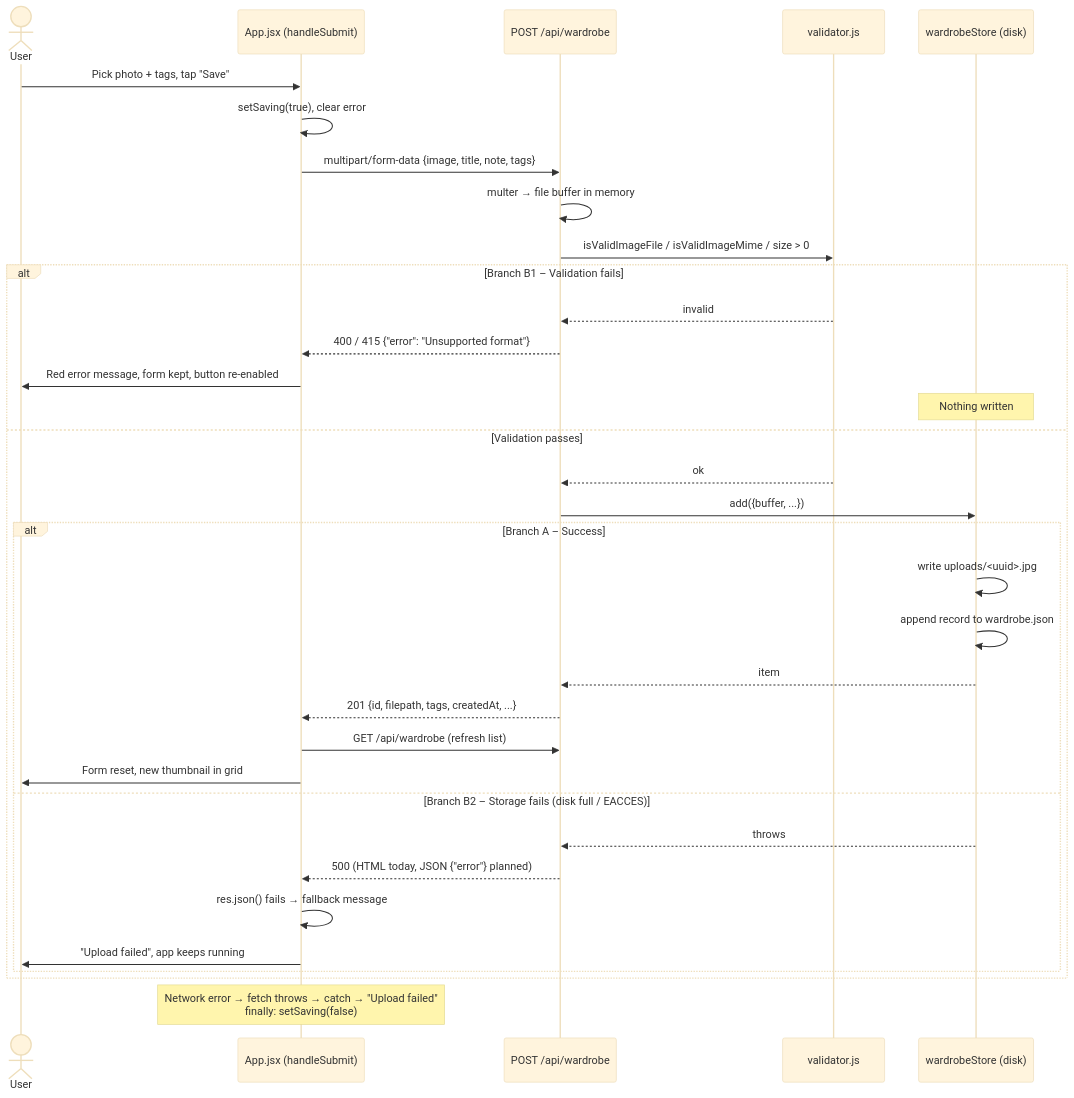
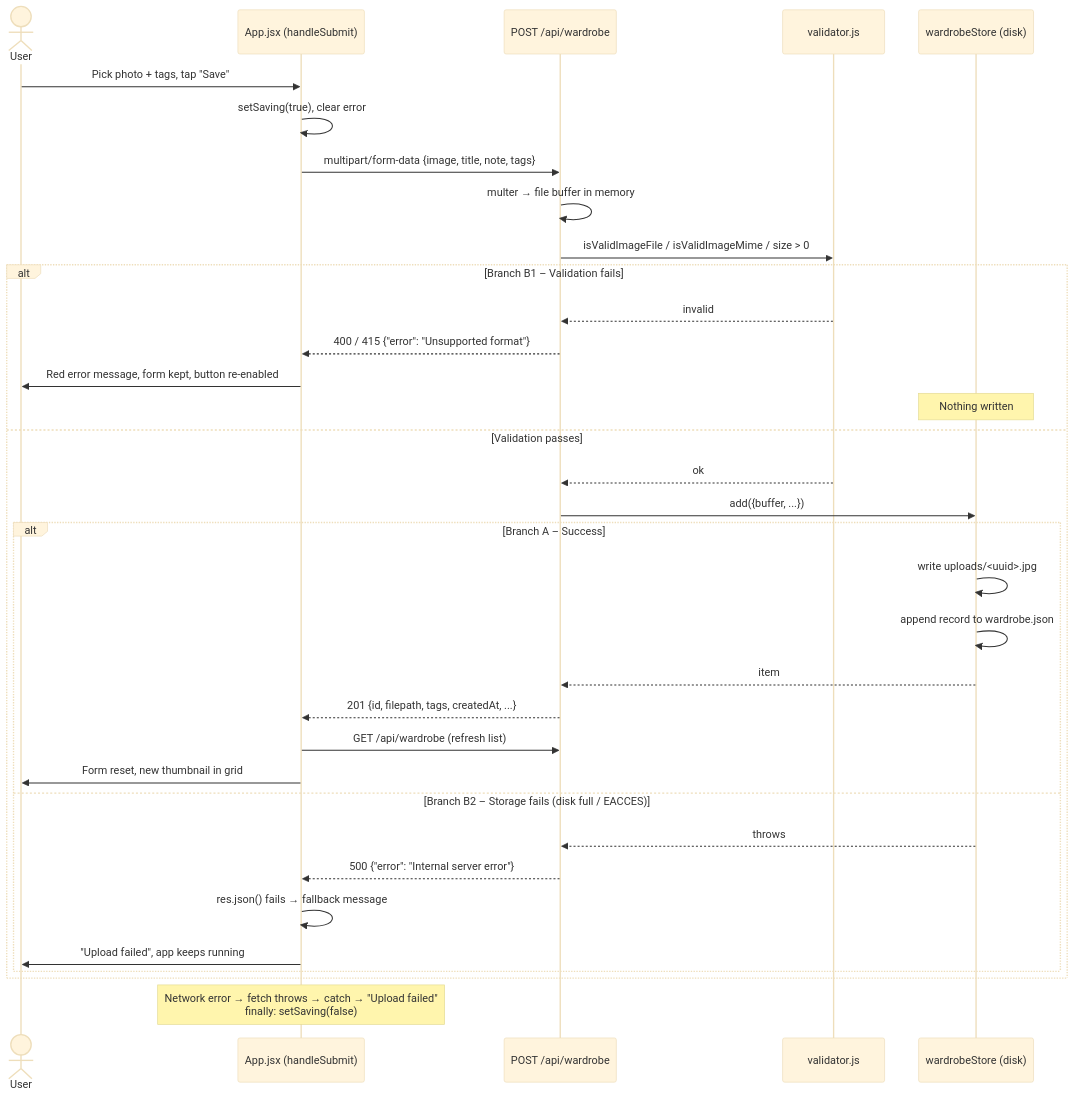
One commit to Saschha/smart_closet_mvp changed the diagram in docs/boundary-upload.md. Above: the diagram before and after it, drawn with Mermaid (base theme). The commit also changed other lines of this file and 1 other file, not shown here.

````diff
--- a/docs/boundary-upload.md
+++ b/docs/boundary-upload.md
@@ -21,38 +21,38 @@
 ```mermaid
 sequenceDiagram
     actor U as User
     participant UI as App.jsx (handleSubmit)
     participant API as POST /api/wardrobe
     participant V as validator.js
     participant S as wardrobeStore (disk)
 
     U->>UI: Pick photo + tags, tap "Save"
     UI->>UI: setSaving(true), clear error
     UI->>API: multipart/form-data {image, title, note, tags}
     API->>API: multer → file buffer in memory
     API->>V: isValidImageFile / isValidImageMime / size > 0
 
     alt Branch B1 – Validation fails
         V-->>API: invalid
         API-->>UI: 400 / 415 {"error": "Unsupported format"}
         UI->>U: Red error message, form kept, button re-enabled
         Note over S: Nothing written
     else Validation passes
         V-->>API: ok
         API->>S: add({buffer, ...})
         alt Branch A – Success
             S->>S: write uploads/<uuid>.jpg
             S->>S: append record to wardrobe.json
             S-->>API: item
             API-->>UI: 201 {id, filepath, tags, createdAt, ...}
             UI->>API: GET /api/wardrobe (refresh list)
             UI->>U: Form reset, new thumbnail in grid
         else Branch B2 – Storage fails (disk full / EACCES)
             S-->>API: throws
-            API-->>UI: 500 (HTML today, JSON {"error"} planned)
+            API-->>UI: 500 {"error": "Internal server error"}
             UI->>UI: res.json() fails → fallback message
             UI->>U: "Upload failed", app keeps running
         end
     end
     Note over UI: Network error → fetch throws → catch → "Upload failed"<br/>finally: setSaving(false)
 ```
````
